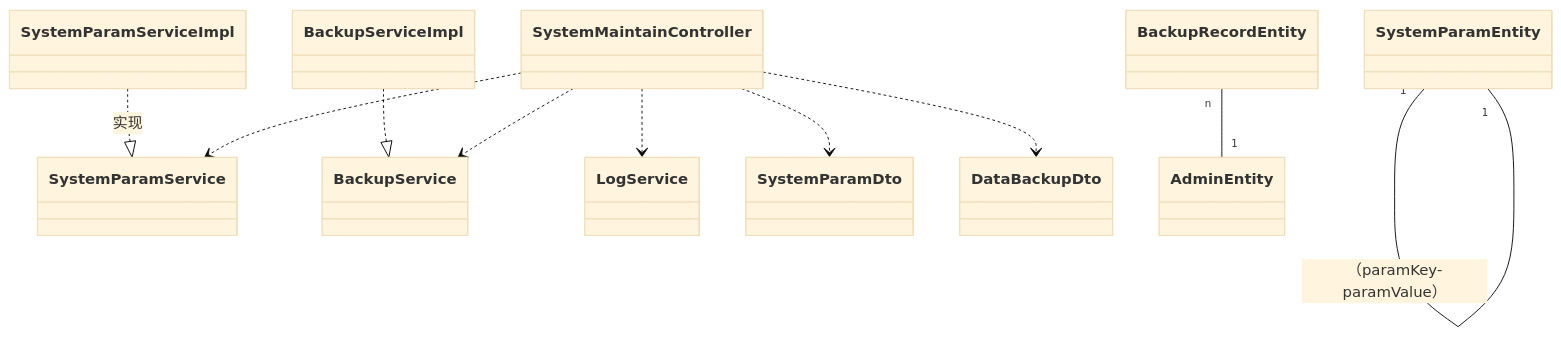
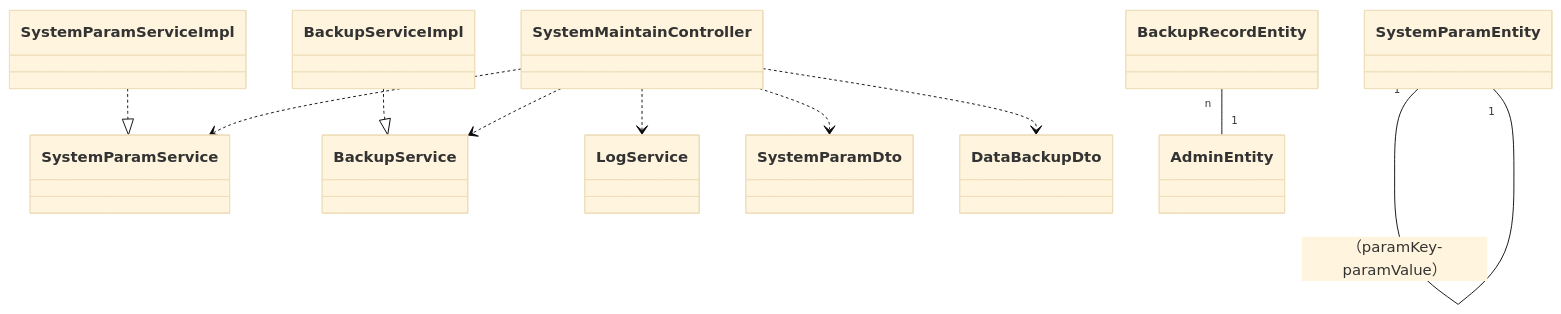
One commit to DEbalanceUX/iodraw-files changed the diagram in all/未命名-2.md. Above: the diagram before and after it, drawn with Mermaid (base theme).

Commit message:
2025-12-11 14:58:00 update

````diff
--- a/all/未命名-2.md
+++ b/all/未命名-2.md
@@ -1,15 +1,15 @@
 ```mermaid
 classDiagram
     %% 关系定义
-    SystemParamServiceImpl ..|> SystemParamService : 实现
+    SystemParamServiceImpl ..|> SystemParamService 
     BackupServiceImpl ..|> BackupService
     SystemMaintainController ..> SystemParamService 
     SystemMaintainController ..> BackupService 
     SystemMaintainController ..> LogService 
     SystemMaintainController ..> SystemParamDto
     SystemMaintainController ..> DataBackupDto 
     SystemParamEntity "1" -- "1" SystemParamEntity : （paramKey-paramValue）
     BackupRecordEntity "n" -- "1" AdminEntity
 
    
 ```
````
